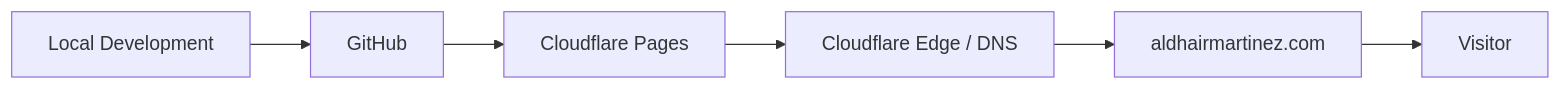
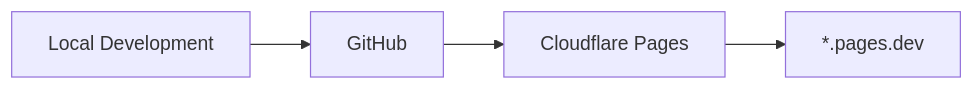
Before and after one commit to aldhairmartinez/aldhairmartinez.com: the third of 5 diagrams in README.md, drawn with Mermaid. The commit also changed other lines of this file and 3 other files, not shown here.

````diff
--- a/README.md
+++ b/README.md
@@ -69,8 +78,6 @@
 ```mermaid
 flowchart LR
     A[Local Development] --> B[GitHub]
     B --> C[Cloudflare Pages]
-    C --> D[Cloudflare Edge / DNS]
-    D --> E[aldhairmartinez.com]
-    E --> F[Visitor]
+    C --> D["*.pages.dev"]
 ```
````
